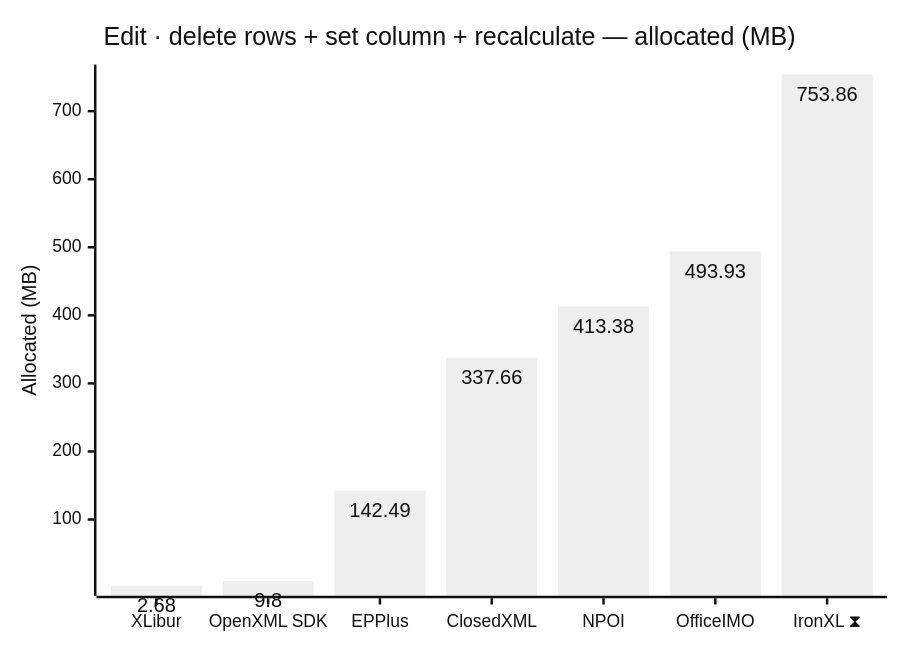
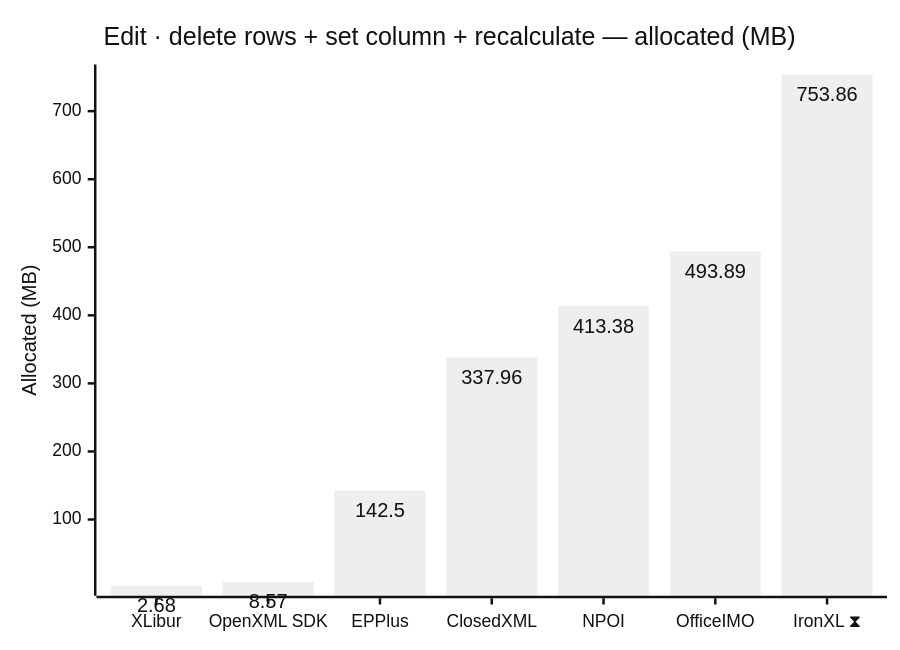
Before and after one commit to jafin/XLBench: the tenth of 12 diagrams in docs/results-ci.md, drawn with Mermaid (neutral theme). The commit also changed other lines of this file, not shown here.

````diff
--- a/docs/results-ci.md
+++ b/docs/results-ci.md
@@ -160,12 +160,12 @@
 ```mermaid
 ---
 config:
   xyChart:
     showDataLabel: true
 ---
 xychart-beta
     title "Edit · delete rows + set column + recalculate — allocated (MB)"
     x-axis ["XLibur", "OpenXML SDK", "EPPlus", "ClosedXML", "NPOI", "OfficeIMO", "IronXL ⧗"]
     y-axis "Allocated (MB)"
-    bar [2.68, 9.8, 142.49, 337.66, 413.38, 493.93, 753.86]
+    bar [2.68, 8.57, 142.5, 337.96, 413.38, 493.89, 753.86]
 ```
````
